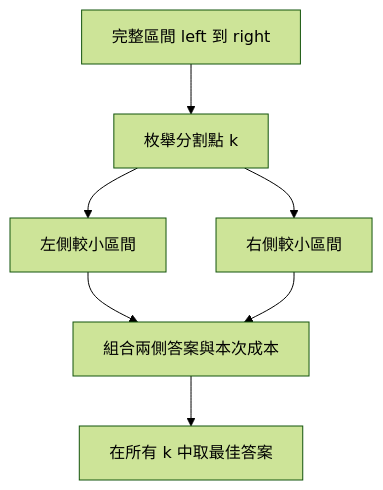
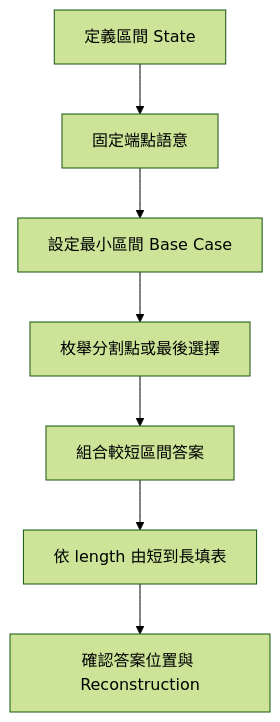
Before and after one commit to davidchen0970/algorithm_note: the first of 3 diagrams in 09_dynamic_programming/42_interval_dp.md, drawn with Mermaid (forest theme). The commit also changed other lines of this file, not shown here.

````diff
--- a/09_dynamic_programming/42_interval_dp.md
+++ b/09_dynamic_programming/42_interval_dp.md
@@ -19,9 +28,9 @@
 ```mermaid
 flowchart TD
-    A["完整區間 left 到 right"] --> B["枚舉分割點 k"]
-    B --> C["左側較小區間"]
-    B --> D["右側較小區間"]
-    C --> E["組合兩側答案與本次成本"]
-    D --> E
-    E --> F["在所有 k 中取最佳答案"]
+    A["定義區間 State"] --> B["固定端點語意"]
+    B --> C["設定最小區間 Base Case"]
+    C --> D["枚舉分割點或最後選擇"]
+    D --> E["組合較短區間答案"]
+    E --> F["依 length 由短到長填表"]
+    F --> G["確認答案位置與 Reconstruction"]
 ```
````
